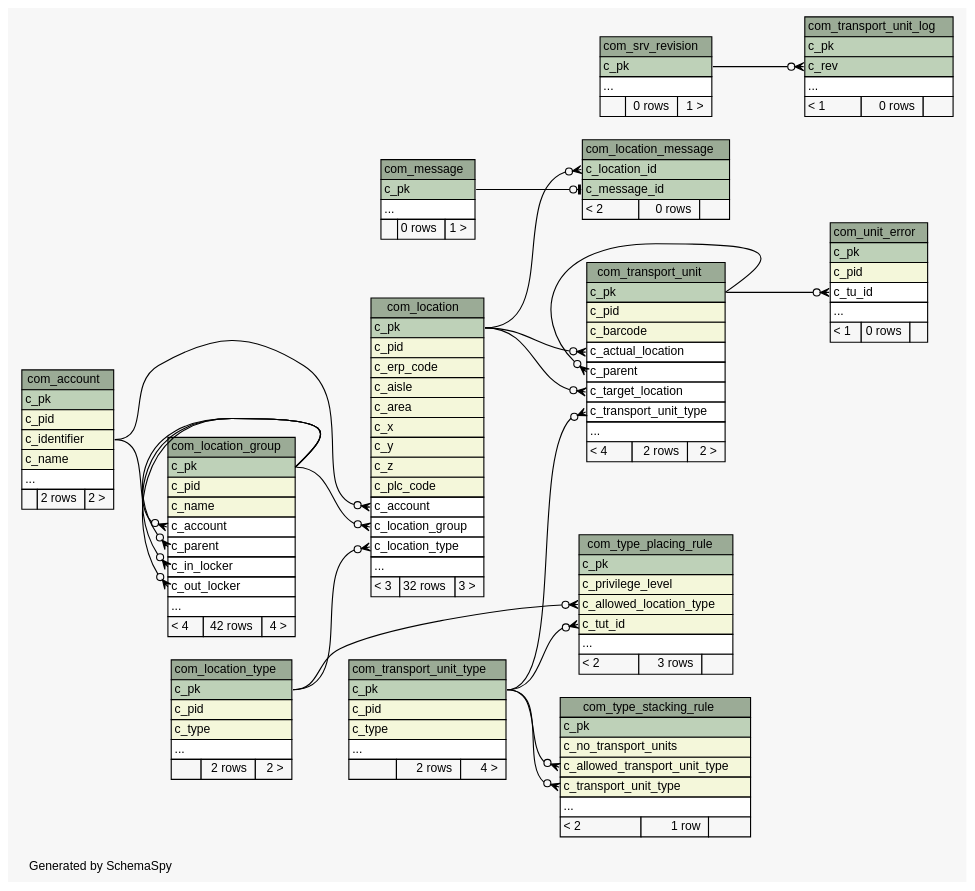
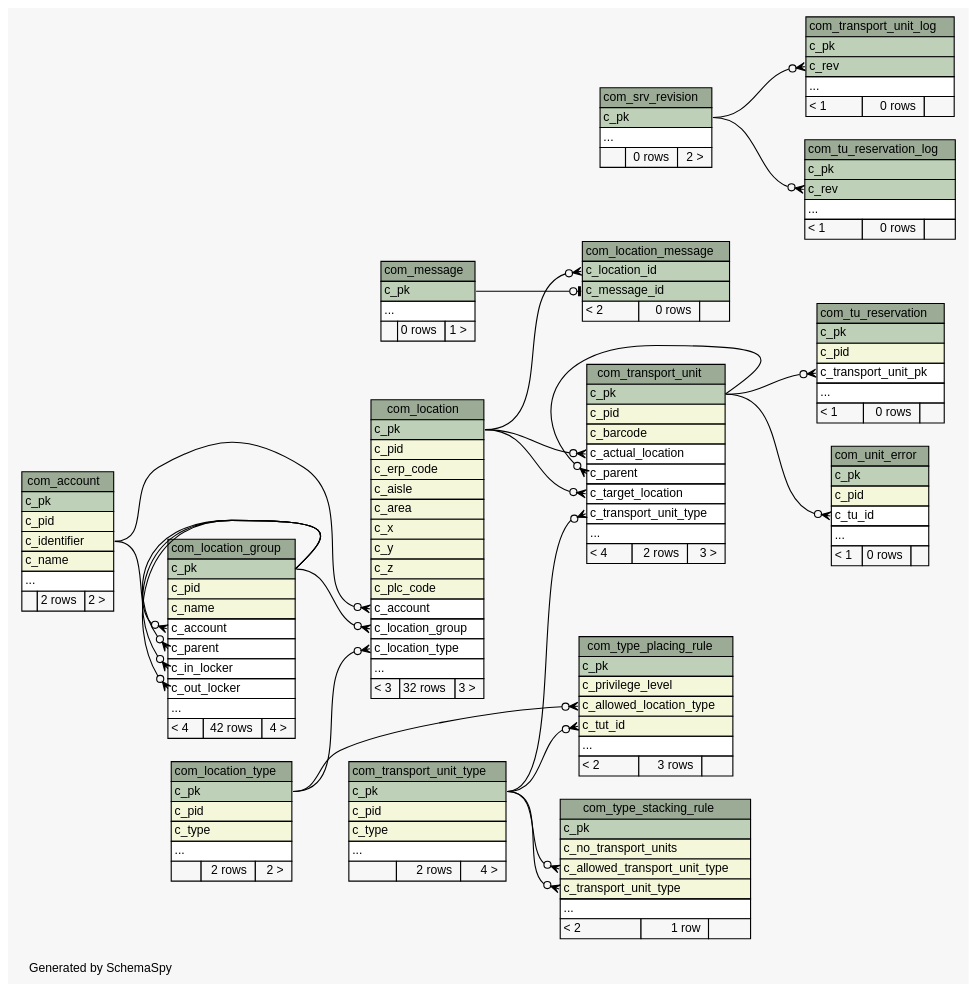
Before and after one commit to openwms/org.openwms.common.service.lib: the diagram in 3.0.0-SNAPSHOT/schemaspy/diagrams/summary/relationships.real.compact.dot, drawn with Graphviz. The commit also changed 802 other files, not shown here.

```diff
--- a/3.0.0-SNAPSHOT/schemaspy/diagrams/summary/relationships.real.compact.dot
+++ b/3.0.0-SNAPSHOT/schemaspy/diagrams/summary/relationships.real.compact.dot
@@ -113,7 +113,7 @@
       <TR><TD COLSPAN="3" BGCOLOR="#9bab96" ALIGN="CENTER">com_srv_revision</TD></TR>
       <TR><TD PORT="c_pk" COLSPAN="3" BGCOLOR="#bed1b8" ALIGN="LEFT">c_pk</TD></TR>
       <TR><TD PORT="elipses" COLSPAN="3" ALIGN="LEFT">...</TD></TR>
-      <TR><TD ALIGN="LEFT" BGCOLOR="#f7f7f7">  </TD><TD ALIGN="RIGHT" BGCOLOR="#f7f7f7">0 rows</TD><TD ALIGN="RIGHT" BGCOLOR="#f7f7f7">1 &gt;</TD></TR>
+      <TR><TD ALIGN="LEFT" BGCOLOR="#f7f7f7">  </TD><TD ALIGN="RIGHT" BGCOLOR="#f7f7f7">0 rows</TD><TD ALIGN="RIGHT" BGCOLOR="#f7f7f7">2 &gt;</TD></TR>
     </TABLE>>
     URL="tables/com_srv_revision.html"
     tooltip="com_srv_revision"
@@ -130,7 +130,7 @@
       <TR><TD PORT="c_target_location" COLSPAN="3" ALIGN="LEFT">c_target_location</TD></TR>
       <TR><TD PORT="c_transport_unit_type" COLSPAN="3" ALIGN="LEFT">c_transport_unit_type</TD></TR>
       <TR><TD PORT="elipses" COLSPAN="3" ALIGN="LEFT">...</TD></TR>
-      <TR><TD ALIGN="LEFT" BGCOLOR="#f7f7f7">&lt; 4</TD><TD ALIGN="RIGHT" BGCOLOR="#f7f7f7">2 rows</TD><TD ALIGN="RIGHT" BGCOLOR="#f7f7f7">2 &gt;</TD></TR>
+      <TR><TD ALIGN="LEFT" BGCOLOR="#f7f7f7">&lt; 4</TD><TD ALIGN="RIGHT" BGCOLOR="#f7f7f7">2 rows</TD><TD ALIGN="RIGHT" BGCOLOR="#f7f7f7">3 &gt;</TD></TR>
     </TABLE>>
     URL="tables/com_transport_unit.html"
     tooltip="com_transport_unit"
@@ -159,6 +159,31 @@
     </TABLE>>
     URL="tables/com_transport_unit_type.html"
     tooltip="com_transport_unit_type"
+  ];
+  "com_tu_reservation" [
+    label=<
+    <TABLE BORDER="0" CELLBORDER="1" CELLSPACING="0" BGCOLOR="#ffffff">
+      <TR><TD COLSPAN="3" BGCOLOR="#9bab96" ALIGN="CENTER">com_tu_reservation</TD></TR>
+      <TR><TD PORT="c_pk" COLSPAN="3" BGCOLOR="#bed1b8" ALIGN="LEFT">c_pk</TD></TR>
+      <TR><TD PORT="c_pid" COLSPAN="3" BGCOLOR="#f4f7da" ALIGN="LEFT">c_pid</TD></TR>
+      <TR><TD PORT="c_transport_unit_pk" COLSPAN="3" ALIGN="LEFT">c_transport_unit_pk</TD></TR>
+      <TR><TD PORT="elipses" COLSPAN="3" ALIGN="LEFT">...</TD></TR>
+      <TR><TD ALIGN="LEFT" BGCOLOR="#f7f7f7">&lt; 1</TD><TD ALIGN="RIGHT" BGCOLOR="#f7f7f7">0 rows</TD><TD ALIGN="RIGHT" BGCOLOR="#f7f7f7">  </TD></TR>
+    </TABLE>>
+    URL="tables/com_tu_reservation.html"
+    tooltip="com_tu_reservation"
+  ];
+  "com_tu_reservation_log" [
+    label=<
+    <TABLE BORDER="0" CELLBORDER="1" CELLSPACING="0" BGCOLOR="#ffffff">
+      <TR><TD COLSPAN="3" BGCOLOR="#9bab96" ALIGN="CENTER">com_tu_reservation_log</TD></TR>
+      <TR><TD PORT="c_pk" COLSPAN="3" BGCOLOR="#bed1b8" ALIGN="LEFT">c_pk</TD></TR>
+      <TR><TD PORT="c_rev" COLSPAN="3" BGCOLOR="#bed1b8" ALIGN="LEFT">c_rev</TD></TR>
+      <TR><TD PORT="elipses" COLSPAN="3" ALIGN="LEFT">...</TD></TR>
+      <TR><TD ALIGN="LEFT" BGCOLOR="#f7f7f7">&lt; 1</TD><TD ALIGN="RIGHT" BGCOLOR="#f7f7f7">0 rows</TD><TD ALIGN="RIGHT" BGCOLOR="#f7f7f7">  </TD></TR>
+    </TABLE>>
+    URL="tables/com_tu_reservation_log.html"
+    tooltip="com_tu_reservation_log"
   ];
   "com_type_placing_rule" [
     label=<
@@ -215,6 +240,8 @@
   "com_transport_unit":"c_target_location":w -> "com_location":"c_pk":e [arrowhead=none dir=back arrowtail=crowodot];
   "com_transport_unit":"c_transport_unit_type":w -> "com_transport_unit_type":"c_pk":e [arrowhead=none dir=back arrowtail=crowodot];
   "com_transport_unit_log":"c_rev":w -> "com_srv_revision":"c_pk":e [arrowhead=none dir=back arrowtail=crowodot];
+  "com_tu_reservation":"c_transport_unit_pk":w -> "com_transport_unit":"c_pk":e [arrowhead=none dir=back arrowtail=crowodot];
+  "com_tu_reservation_log":"c_rev":w -> "com_srv_revision":"c_pk":e [arrowhead=none dir=back arrowtail=crowodot];
   "com_type_placing_rule":"c_allowed_location_type":w -> "com_location_type":"c_pk":e [arrowhead=none dir=back arrowtail=crowodot];
   "com_type_placing_rule":"c_tut_id":w -> "com_transport_unit_type":"c_pk":e [arrowhead=none dir=back arrowtail=crowodot];
   "com_type_stacking_rule":"c_allowed_transport_unit_type":w -> "com_transport_unit_type":"c_pk":e [arrowhead=none dir=back arrowtail=crowodot];
```
